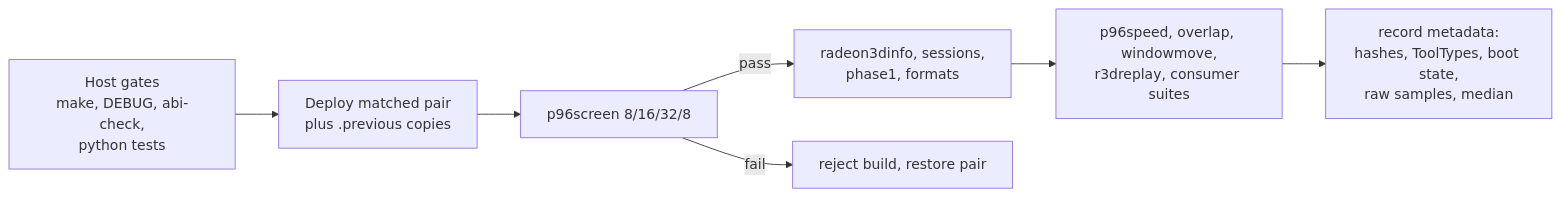
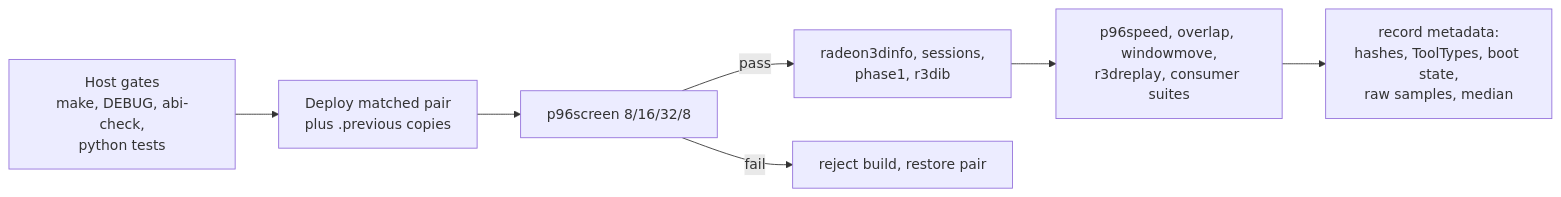
One commit to mirq/r200-p96-driver changed the diagram in docs/06-testing.md. Above: the diagram before and after it, drawn with Mermaid. The commit also changed other lines of this file and 40 other files, not shown here.

````diff
--- a/docs/06-testing.md
+++ b/docs/06-testing.md
@@ -55,9 +53,9 @@
 ```mermaid
 flowchart LR
     H["Host gates<br/>make, DEBUG, abi-check,<br/>python tests"] --> DEP["Deploy matched pair<br/>plus .previous copies"]
     DEP --> G2["p96screen 8/16/32/8"]
-    G2 -->|pass| G3["radeon3dinfo, sessions,<br/>phase1, formats"]
+    G2 -->|pass| G3["radeon3dinfo, sessions,<br/>phase1, r3dib"]
     G3 --> BENCH["p96speed, overlap, windowmove,<br/>r3dreplay, consumer suites"]
     BENCH --> REC["record metadata:<br/>hashes, ToolTypes, boot state,<br/>raw samples, median"]
     G2 -->|fail| REJECT["reject build, restore pair"]
 ```
````
